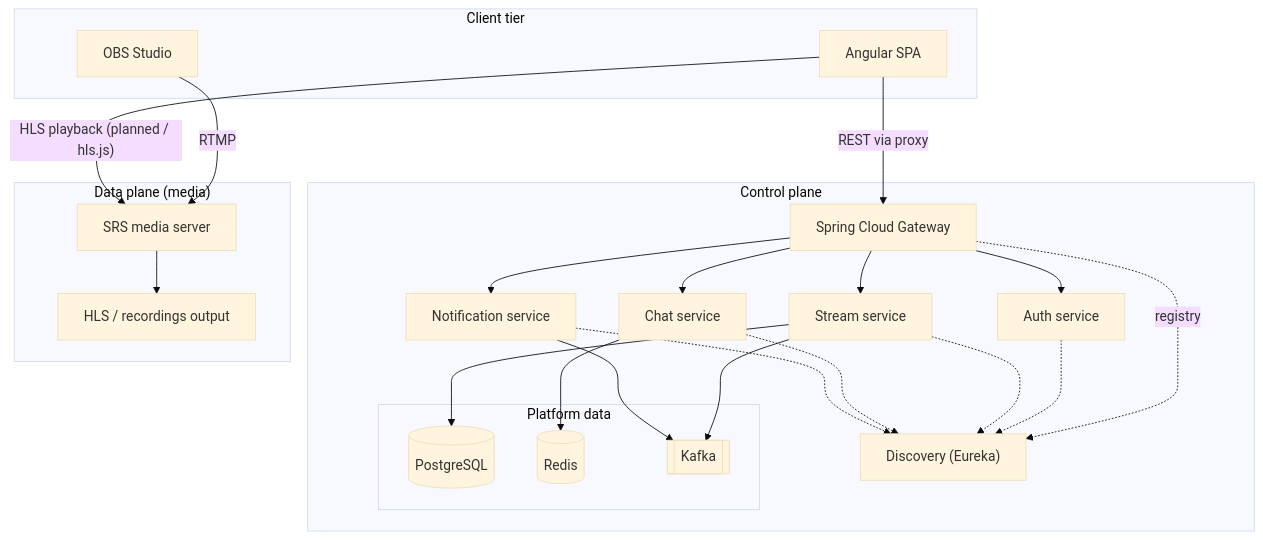
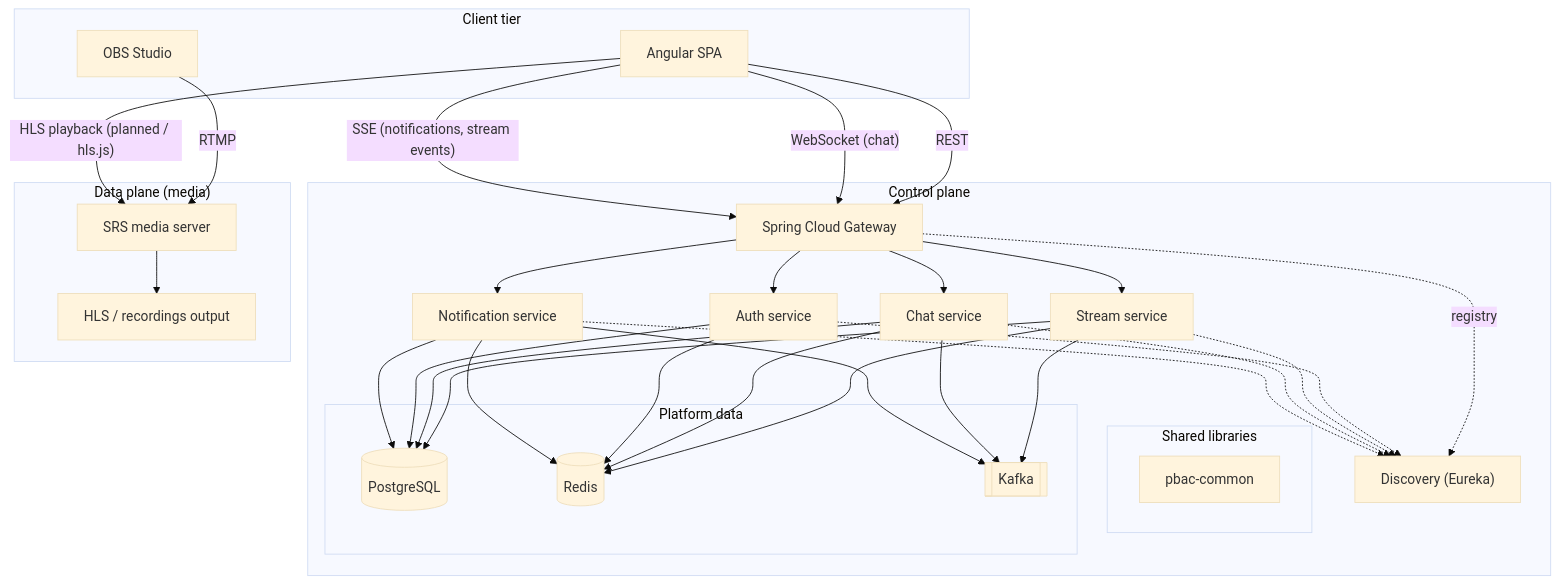
Before and after one commit to 141638/streaming-platform: the first of 2 diagrams in docs/ARCHITECTURE.md, drawn with Mermaid (base theme). The commit also changed other lines of this file, not shown here.

First line of the commit message:
docs: refresh architecture overview with notification service, WebSocket, and SSE

````diff
--- a/docs/ARCHITECTURE.md
+++ b/docs/ARCHITECTURE.md
@@ -22,44 +22,56 @@
 ```mermaid
 flowchart TB
     subgraph Client["Client tier"]
         Browser["Angular SPA"]
         OBS["OBS Studio"]
     end
 
     subgraph Control["Control plane"]
         GW["Spring Cloud Gateway"]
         Auth["Auth service"]
         Stream["Stream service"]
         Chat["Chat service"]
         Noti["Notification service"]
         Disc["Discovery (Eureka)"]
+        subgraph Shared["Shared libraries"]
+            PBAC["pbac-common"]
+        end
         subgraph Data["Platform data"]
             PG[(PostgreSQL)]
             RD[(Redis)]
             KF[[Kafka]]
         end
     end
 
     subgraph Media["Data plane (media)"]
         SRS["SRS media server"]
         HLS["HLS / recordings output"]
     end
 
-    Browser -->|"REST via proxy"| GW
+    Browser -->|"REST"| GW
+    Browser -->|"WebSocket (chat)"| GW
+    Browser -->|"SSE (notifications, stream events)"| GW
     GW --> Auth
     GW --> Stream
     GW --> Chat
     GW --> Noti
     OBS -->|"RTMP"| SRS
     SRS --> HLS
     Browser -->|"HLS playback (planned / hls.js)"| SRS
     GW -.->|"registry"| Disc
     Auth -.-> Disc
     Stream -.-> Disc
     Chat -.-> Disc
     Noti -.-> Disc
     Stream --> PG
     Stream --> KF
+    Stream --> RD
+    Chat --> PG
     Chat --> RD
+    Chat --> KF
+    Auth --> PG
+    Auth --> RD
+    Noti --> PG
+    Noti --> RD
     Noti --> KF
 ```
````
